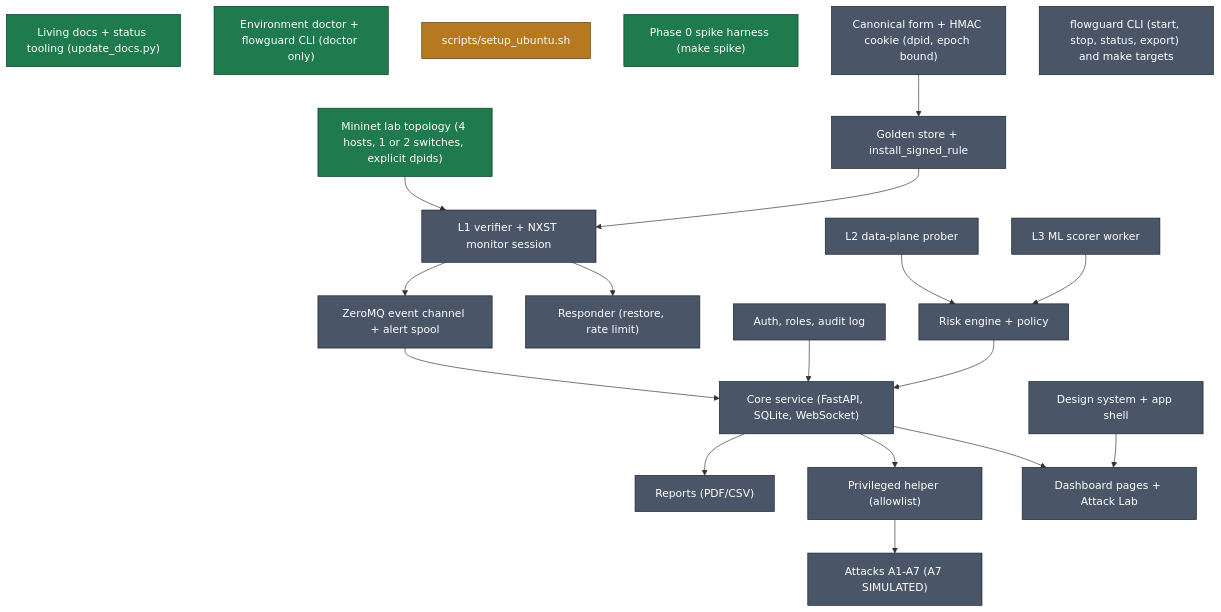
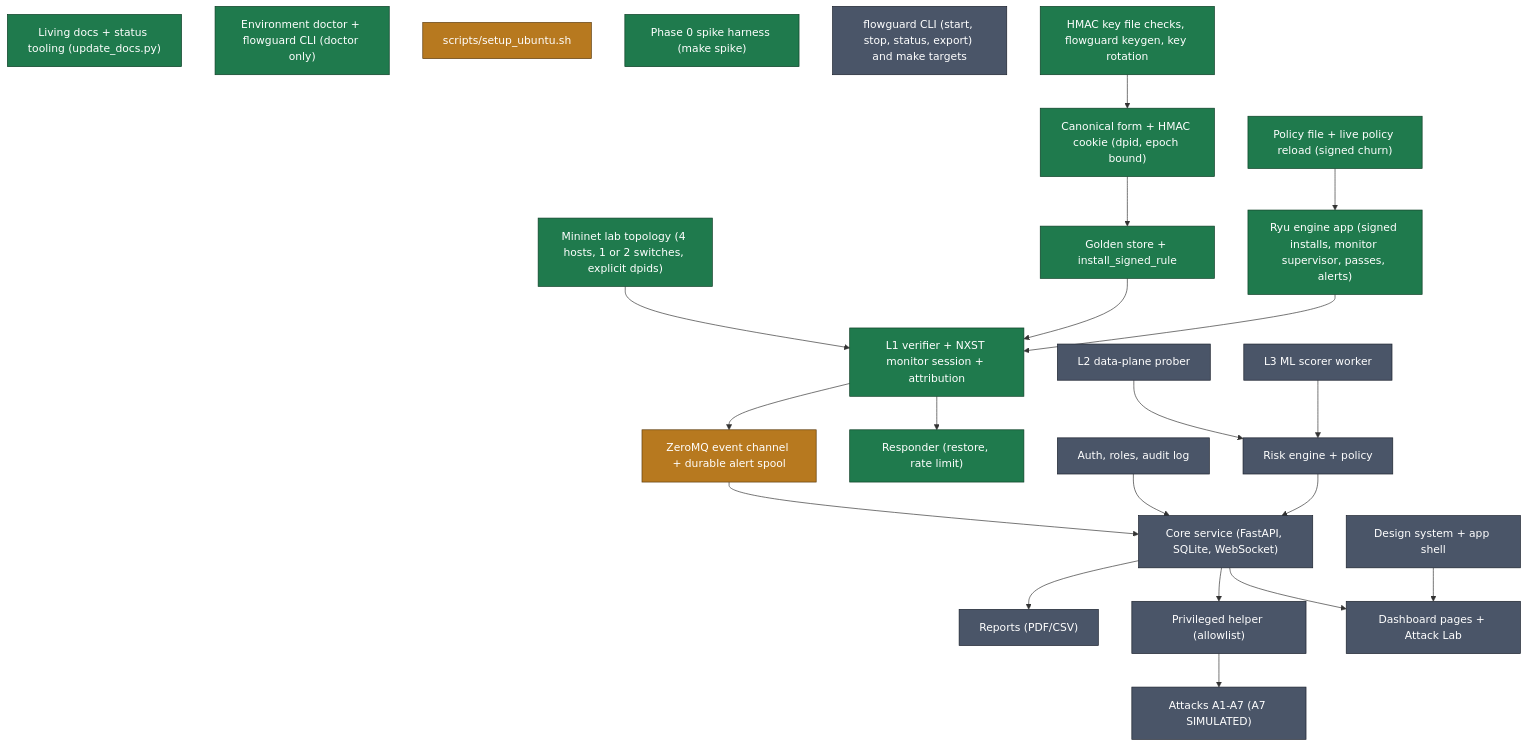
The sixth of 6 diagrams in ARCHITECTURE.md (RKG765/flowguard), drawn with Mermaid before and after one commit. The commit also changed other lines of this file and 43 other files, not shown here.

First line of the commit message:
Phase 1: engine L1 (signed rules, event-driven verification, automatic repair)

````diff
--- a/ARCHITECTURE.md
+++ b/ARCHITECTURE.md
@@ -116,46 +119,52 @@
 ```mermaid
 flowchart TB
   docs_tooling["Living docs + status tooling (update_docs.py)"]:::implemented
   doctor["Environment doctor + flowguard CLI (doctor only)"]:::implemented
   setup_script["scripts/setup_ubuntu.sh"]:::partial
   lab_topology["Mininet lab topology (4 hosts, 1 or 2 switches, explicit dpids)"]:::implemented
   spike_harness["Phase 0 spike harness (make spike)"]:::implemented
-  engine_crypto["Canonical form + HMAC cookie (dpid, epoch bound)"]:::planned
-  engine_store["Golden store + install_signed_rule"]:::planned
-  engine_verifier["L1 verifier + NXST monitor session"]:::planned
-  engine_responder["Responder (restore, rate limit)"]:::planned
-  event_channel["ZeroMQ event channel + alert spool"]:::planned
+  engine_crypto["Canonical form + HMAC cookie (dpid, epoch bound)"]:::implemented
+  engine_store["Golden store + install_signed_rule"]:::implemented
+  engine_verifier["L1 verifier + NXST monitor session + attribution"]:::implemented
+  engine_responder["Responder (restore, rate limit)"]:::implemented
+  event_channel["ZeroMQ event channel + durable alert spool"]:::partial
   core_service["Core service (FastAPI, SQLite, WebSocket)"]:::planned
   core_auth["Auth, roles, audit log"]:::planned
   helper["Privileged helper (allowlist)"]:::planned
   attacks["Attacks A1-A7 (A7 SIMULATED)"]:::planned
   web_design_system["Design system + app shell"]:::planned
   web_pages["Dashboard pages + Attack Lab"]:::planned
   engine_prober["L2 data-plane prober"]:::planned
   ml_worker["L3 ML scorer worker"]:::planned
   risk_engine["Risk engine + policy"]:::planned
   reports["Reports (PDF/CSV)"]:::planned
   packaging["flowguard CLI (start, stop, status, export) and make targets"]:::planned
+  engine_app["Ryu engine app (signed installs, monitor supervisor, passes, alerts)"]:::implemented
+  engine_policy["Policy file + live policy reload (signed churn)"]:::implemented
+  key_management["HMAC key file checks, flowguard keygen, key rotation"]:::implemented
   lab_topology --> engine_verifier
   engine_crypto --> engine_store
   engine_store --> engine_verifier
   engine_verifier --> engine_responder
   engine_verifier --> event_channel
   engine_prober --> risk_engine
   ml_worker --> risk_engine
   event_channel --> core_service
   risk_engine --> core_service
   core_auth --> core_service
   core_service --> web_pages
   web_design_system --> web_pages
   core_service --> helper
   helper --> attacks
   core_service --> reports
+  engine_app --> engine_verifier
+  engine_policy --> engine_app
+  key_management --> engine_crypto
   classDef done fill:#1f7a4d,stroke:#0b3d24,color:#ffffff;
   classDef in_progress fill:#b7791f,stroke:#5c3b0d,color:#ffffff;
   classDef not_started fill:#4a5568,stroke:#1a202c,color:#ffffff;
   classDef blocked fill:#c53030,stroke:#63171b,color:#ffffff;
   classDef implemented fill:#1f7a4d,stroke:#0b3d24,color:#ffffff;
   classDef partial fill:#b7791f,stroke:#5c3b0d,color:#ffffff;
   classDef planned fill:#4a5568,stroke:#1a202c,color:#ffffff;
 ```
````
